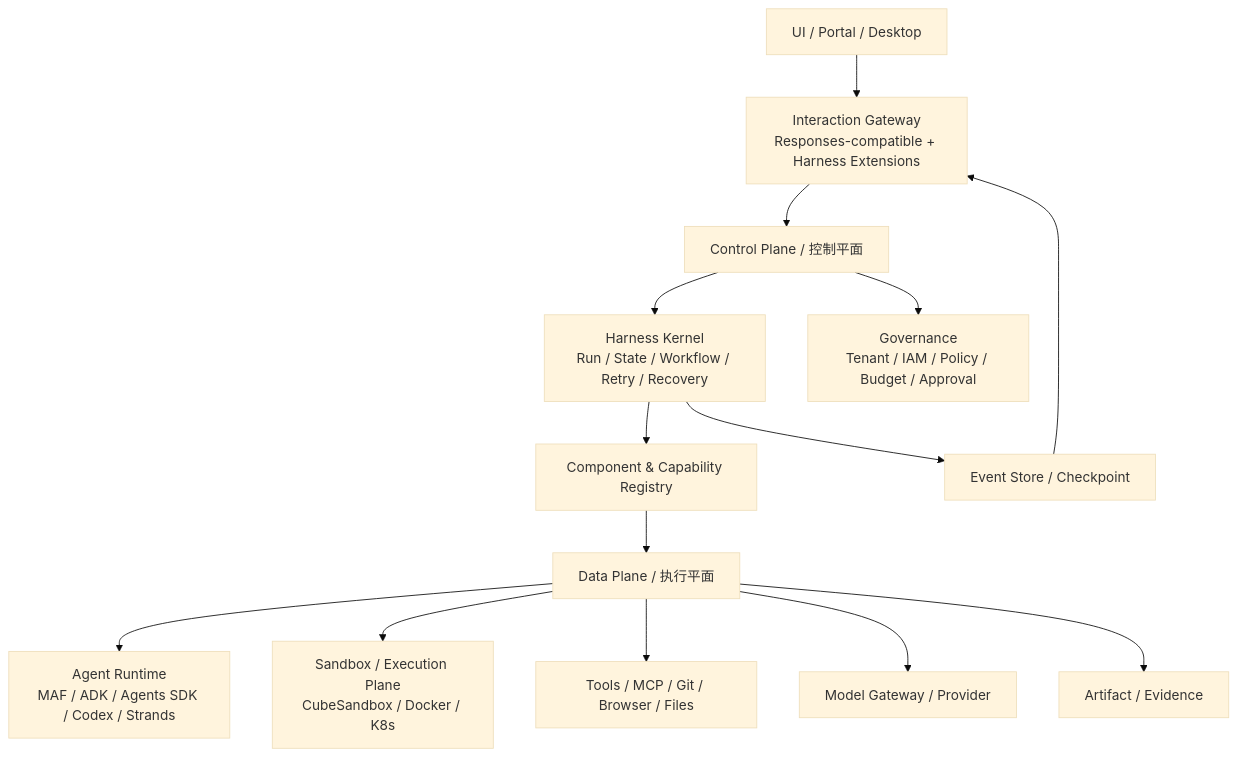
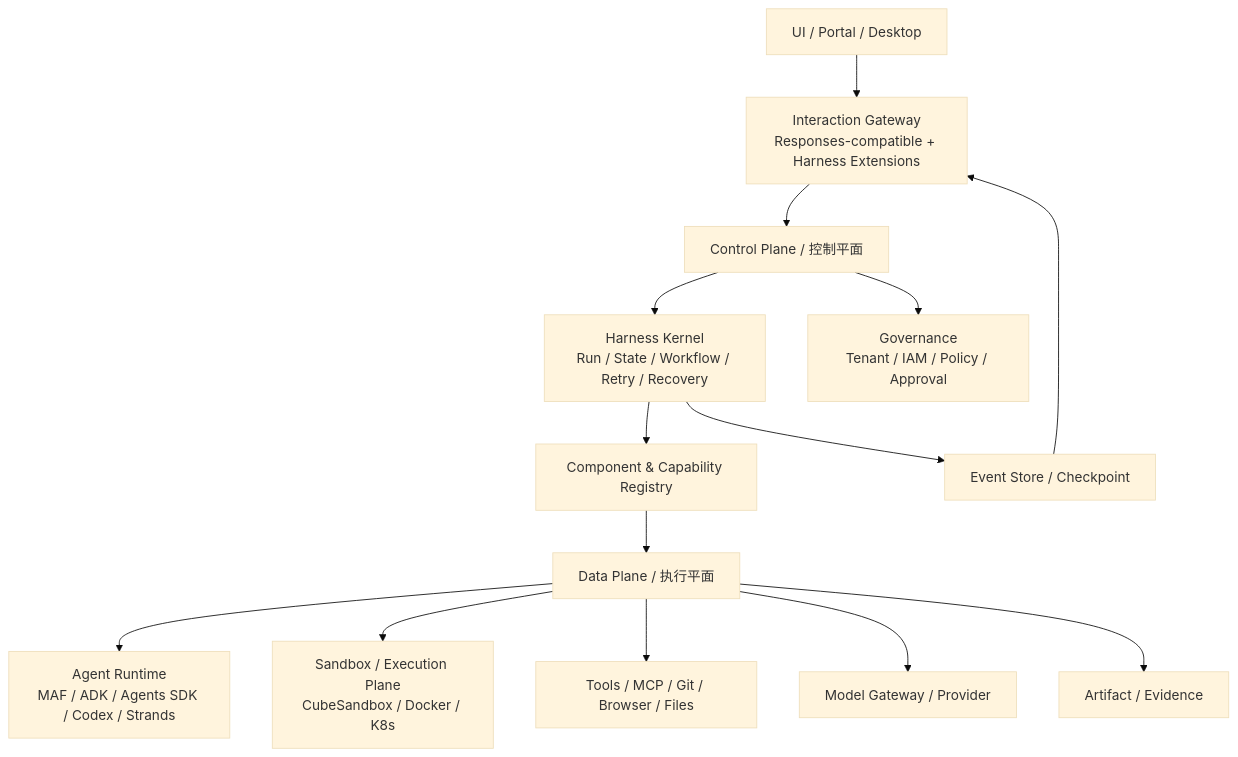
Before and after one commit to Bulls1986/Agent-Harness-Platform: the first of 2 diagrams in docs/ARCHITECTURE.md, drawn with Mermaid (base theme). The commit also changed other lines of this file, not shown here.

````diff
--- a/docs/ARCHITECTURE.md
+++ b/docs/ARCHITECTURE.md
@@ -81,16 +81,16 @@
 ```mermaid
 flowchart TB
     UI[UI / Portal / Desktop] --> IG[Interaction Gateway\nResponses-compatible + Harness Extensions]
     IG --> CP[Control Plane / 控制平面]
     CP --> HK[Harness Kernel\nRun / State / Workflow / Retry / Recovery]
-    CP --> GOV[Governance\nTenant / IAM / Policy / Budget / Approval]
+    CP --> GOV[Governance\nTenant / IAM / Policy / Approval]
     HK --> CR[Component & Capability Registry]
     CR --> DP[Data Plane / 执行平面]
     DP --> AR[Agent Runtime\nMAF / ADK / Agents SDK / Codex / Strands]
     DP --> SB[Sandbox / Execution Plane\nCubeSandbox / Docker / K8s]
     DP --> TOOL[Tools / MCP / Git / Browser / Files]
     DP --> MODEL[Model Gateway / Provider]
     DP --> ART[Artifact / Evidence]
     HK --> ES[Event Store / Checkpoint]
     ES --> IG
 ```
````
